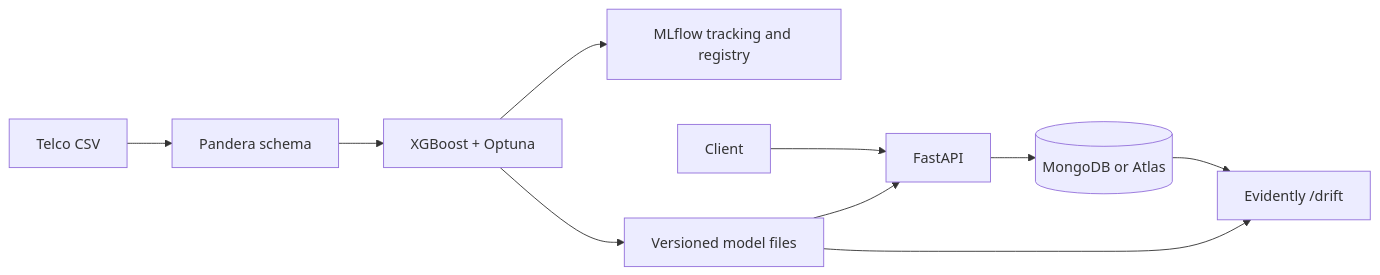
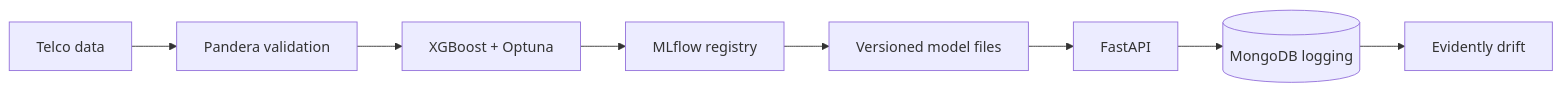
Before and after one commit to naveecode/ml-serving-pipeline: the diagram in README.md, drawn with Mermaid. The commit also changed other lines of this file and 2 other files, not shown here.

Commit message:
Add README visuals for the serving pipeline. (#4)
Show the GitHub Pages demo, a chart of the published AUC and p95 figures, and a Mermaid path from validation through drift.

````diff
--- a/README.md
+++ b/README.md
@@ -40,12 +44,10 @@
 ```mermaid
 flowchart LR
-  csv[Telco CSV] --> schema[Pandera schema]
-  schema --> tune[XGBoost + Optuna]
-  tune --> mlflow[MLflow tracking and registry]
-  tune --> versions[Versioned model files]
-  client[Client] --> api[FastAPI]
-  versions --> api
-  api --> mongo[(MongoDB or Atlas)]
-  mongo --> drift[Evidently /drift]
-  versions --> drift
+  data[Telco data] --> val[Pandera validation]
+  val --> train[XGBoost + Optuna]
+  train --> mlflow[MLflow registry]
+  mlflow --> files[Versioned model files]
+  files --> api[FastAPI]
+  api --> mongo[(MongoDB logging)]
+  mongo --> drift[Evidently drift]
 ```
````
